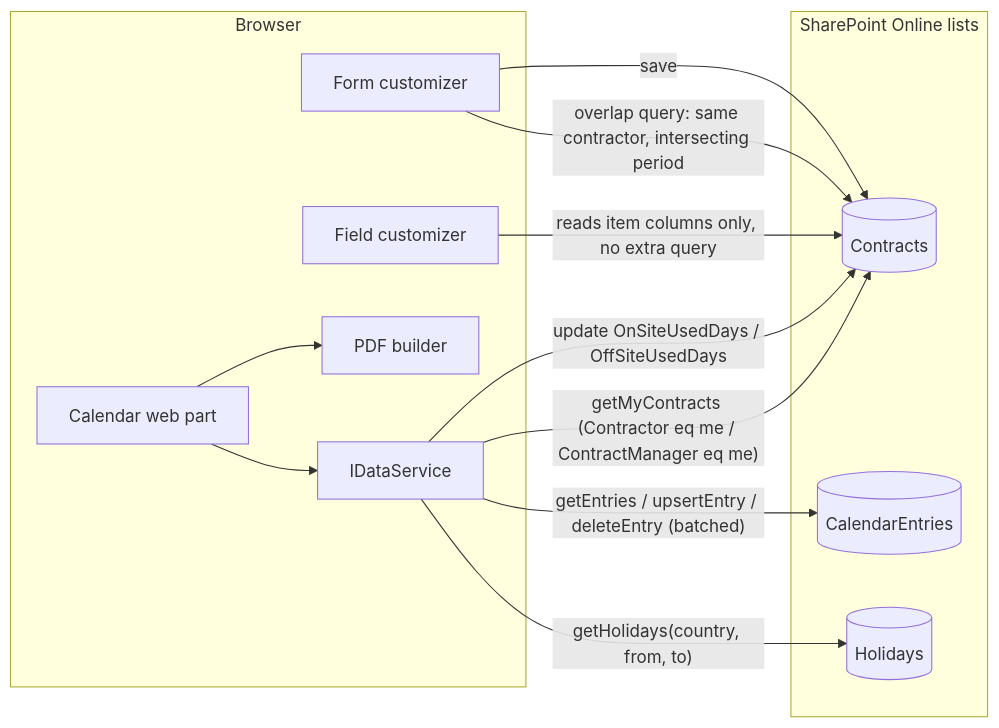
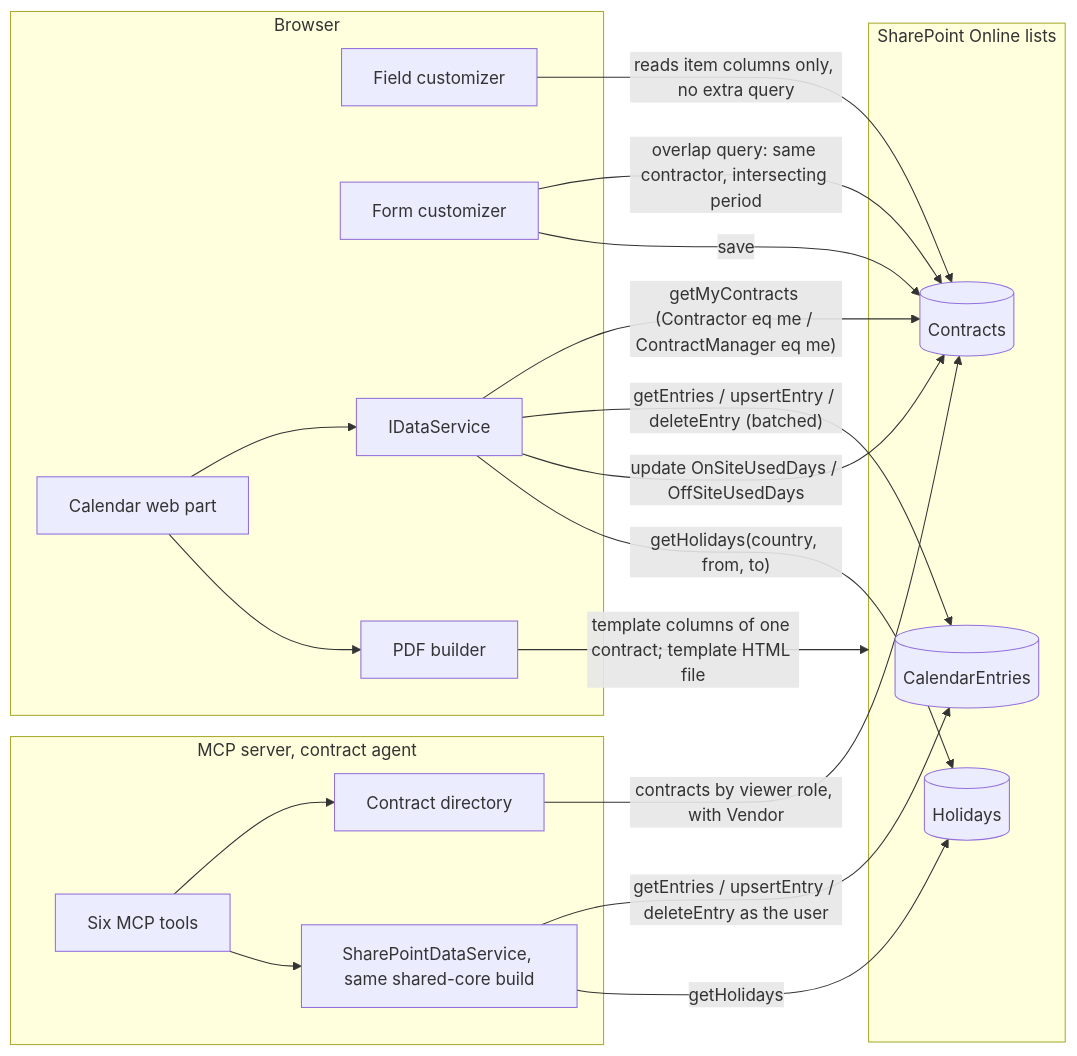
One commit to Sartor87/orpheus-systems-sharepoint changed the second of 2 diagrams in architecture/03-phase-c-data-architecture.md. Above: the diagram before and after it, drawn with Mermaid. The commit also changed other lines of this file and 7 other files, not shown here.

First line of the commit message:
docs(architecture): phase documents cover the HTML template and the agent

````diff
--- a/architecture/03-phase-c-data-architecture.md
+++ b/architecture/03-phase-c-data-architecture.md
@@ -115,24 +160,35 @@
 ```mermaid
 flowchart LR
   subgraph Browser
     WP[Calendar web part]
     FC[Field customizer]
     FM[Form customizer]
     PDF[PDF builder]
     DS[IDataService]
   end
   subgraph SPO[SharePoint Online lists]
     C[(Contracts)]
     E[(CalendarEntries)]
     H[(Holidays)]
   end
   WP --> DS
   DS -- "getMyContracts (Contractor eq me / ContractManager eq me)" --> C
   DS -- "getEntries / upsertEntry / deleteEntry (batched)" --> E
   DS -- "update OnSiteUsedDays / OffSiteUsedDays" --> C
   DS -- "getHolidays(country, from, to)" --> H
   WP --> PDF
+  PDF -- "template columns of one contract; template HTML file" --> SPO
   FC -- "reads item columns only, no extra query" --> C
   FM -- "overlap query: same contractor, intersecting period" --> C
   FM -- "save" --> C
+  subgraph Server[MCP server, contract agent]
+    TOOLS[Six MCP tools]
+    DIR[Contract directory]
+    SDS[SharePointDataService, same shared-core build]
+  end
+  TOOLS --> DIR
+  TOOLS --> SDS
+  DIR -- "contracts by viewer role, with Vendor" --> C
+  SDS -- "getEntries / upsertEntry / deleteEntry as the user" --> E
+  SDS -- "getHolidays" --> H
 ```
````
